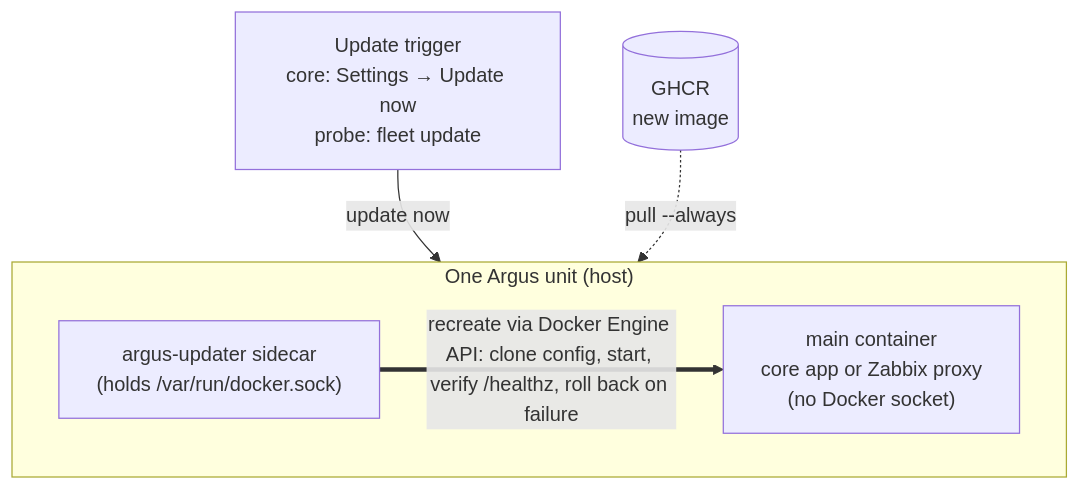
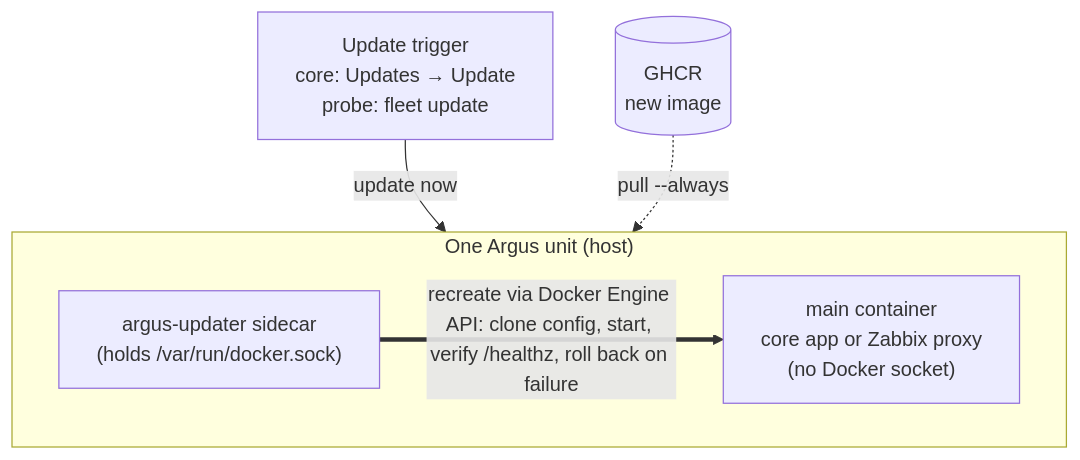
Before and after one commit to g-guglielmi/argus-updater: the diagram in README.md, drawn with Mermaid. The commit also changed other lines of this file, not shown here.

Commit message:
docs(readme): core updates and the collectors are on the Argus Updates page

````diff
--- a/README.md
+++ b/README.md
@@ -22,13 +22,13 @@
 ```mermaid
 flowchart TB
-  trig["Update trigger<br/>core: Settings &rarr; Update now<br/>probe: fleet update"]
+  trig["Update trigger<br/>core: Updates &rarr; Update<br/>probe: fleet update"]
   reg[("GHCR<br/>new image")]
   subgraph unit["One Argus unit (host)"]
     direction LR
     main["main container<br/>core app or Zabbix proxy<br/>(no Docker socket)"]
     upd["argus-updater sidecar<br/>(holds /var/run/docker.sock)"]
   end
   trig -->|update now| upd
   reg -.->|pull --always| upd
   upd ==>|"recreate via Docker Engine API: clone config, start, verify /healthz, roll back on failure"| main
 ```
````
